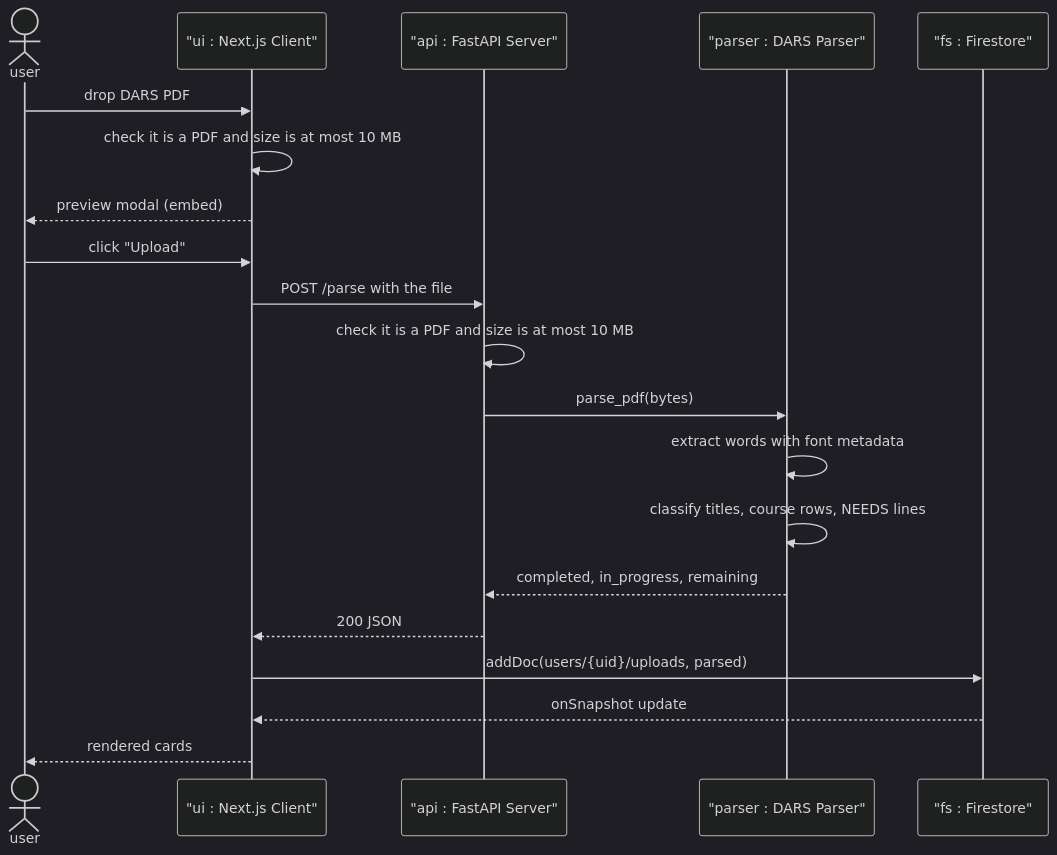
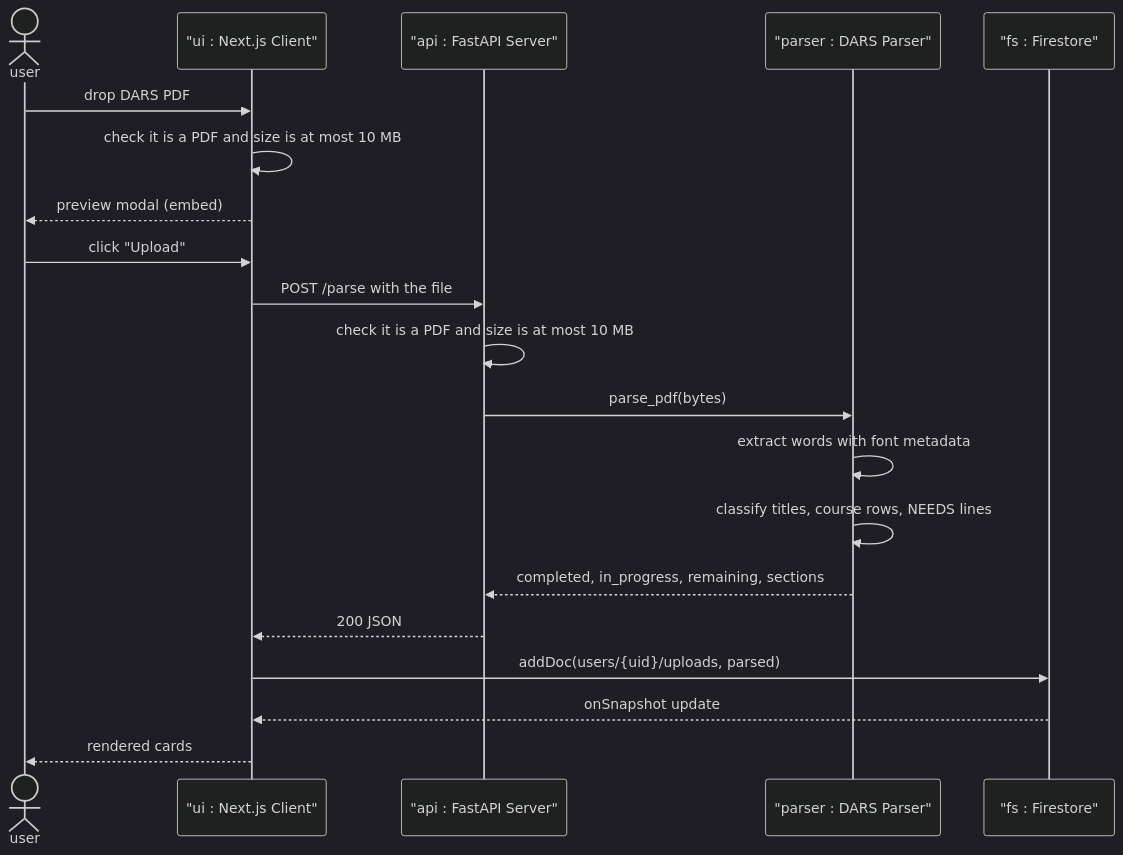
The second of 2 diagrams in README.md (rahulp7801/35L-project), drawn with Mermaid (dark theme) before and after one commit. The commit also changed other lines of this file, not shown here.

Commit message:
Rewrite README Made README.md more concise and added descriptions for diagrams. Replaced long lists with paragraphs, cleaned up markdown formatting.

````diff
--- a/README.md
+++ b/README.md
@@ -86,23 +79,23 @@
 ```mermaid
 sequenceDiagram
   actor u as user
   participant ui as "ui : Next.js Client"
   participant api as "api : FastAPI Server"
   participant parser as "parser : DARS Parser"
   participant fs as "fs : Firestore"
 
   u->>ui: drop DARS PDF
   ui->>ui: check it is a PDF and size is at most 10 MB
   ui-->>u: preview modal (embed)
   u->>ui: click "Upload"
   ui->>api: POST /parse with the file
   api->>api: check it is a PDF and size is at most 10 MB
   api->>parser: parse_pdf(bytes)
   parser->>parser: extract words with font metadata
   parser->>parser: classify titles, course rows, NEEDS lines
-  parser-->>api: completed, in_progress, remaining
+  parser-->>api: completed, in_progress, remaining, sections
   api-->>ui: 200 JSON
   ui->>fs: addDoc(users/{uid}/uploads, parsed)
   fs-->>ui: onSnapshot update
   ui-->>u: rendered cards
 ```
````
